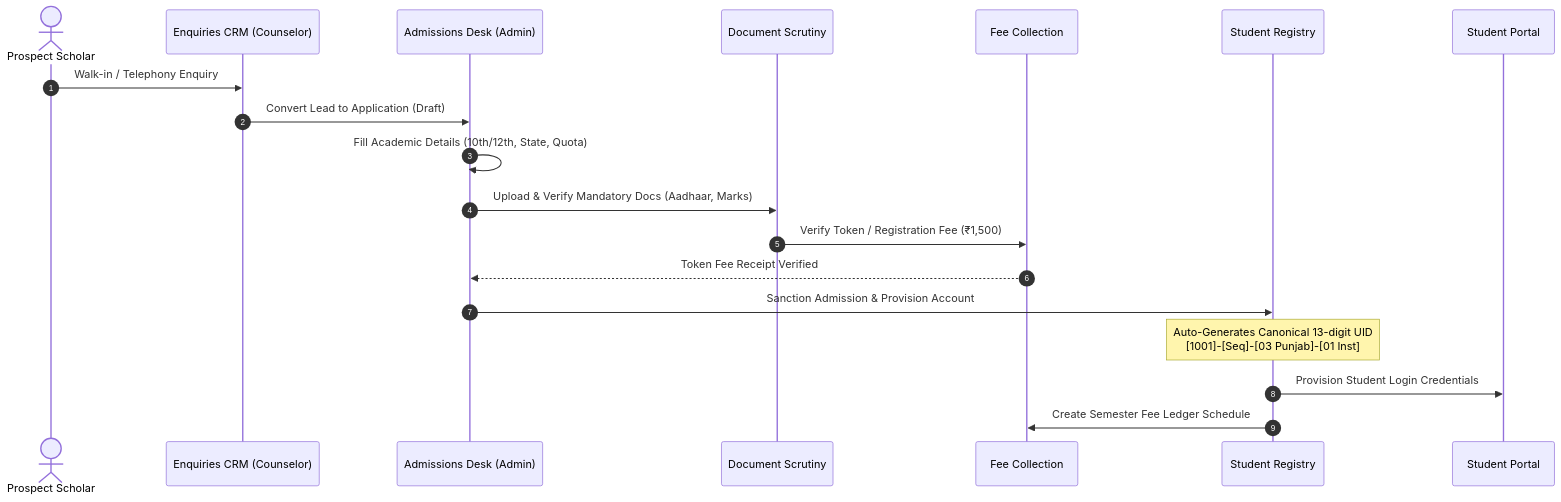
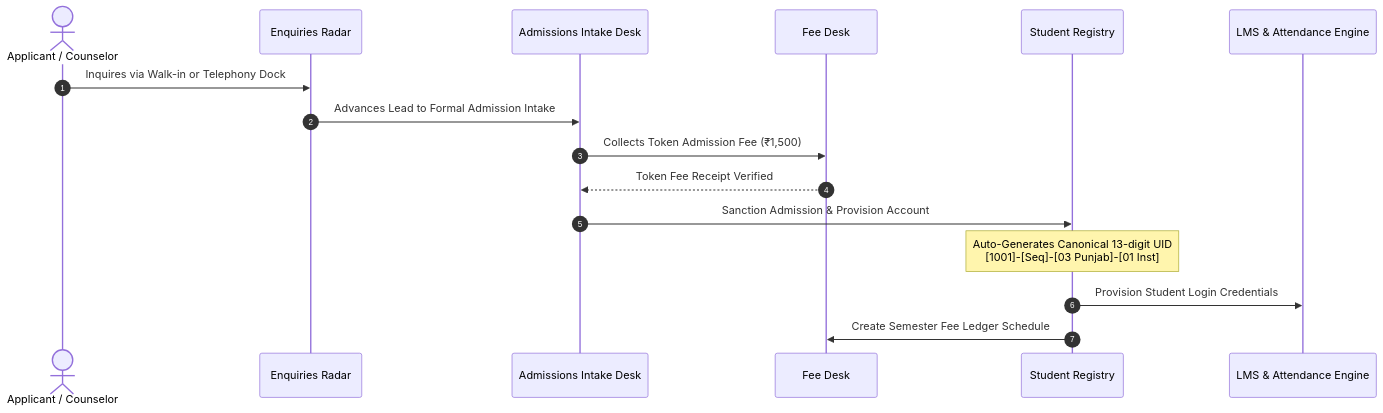
Before and after one commit to gurination1/ERP_educore: the third of 5 diagrams in ARCHITECTURE_CONNECTION_MAP.md, drawn with Mermaid. The commit also changed other lines of this file and 28 other files, not shown here.

````diff
--- a/ARCHITECTURE_CONNECTION_MAP.md
+++ b/ARCHITECTURE_CONNECTION_MAP.md
@@ -121,22 +173,19 @@
 ```mermaid
 sequenceDiagram
     autonumber
-    actor Lead as Prospect Scholar
-    participant CRM as Enquiries CRM (Counselor)
-    participant Intake as Admissions Desk (Admin)
-    participant Scrutiny as Document Scrutiny
-    participant FeeDesk as Fee Collection
+    actor Cand as Applicant / Counselor
+    participant LeadRadar as Enquiries Radar
+    participant Intake as Admissions Intake Desk
+    participant FeeDesk as Fee Desk
     participant Registry as Student Registry
-    participant LMS as Student Portal
+    participant LMS as LMS & Attendance Engine
 
-    Lead->>CRM: Walk-in / Telephony Enquiry
-    CRM->>Intake: Convert Lead to Application (Draft)
-    Intake->>Intake: Fill Academic Details (10th/12th, State, Quota)
-    Intake->>Scrutiny: Upload & Verify Mandatory Docs (Aadhaar, Marks)
-    Scrutiny->>FeeDesk: Verify Token / Registration Fee (₹1,500)
+    Cand->>LeadRadar: Inquires via Walk-in or Telephony Dock
+    LeadRadar->>Intake: Advances Lead to Formal Admission Intake
+    Intake->>FeeDesk: Collects Token Admission Fee (₹1,500)
     FeeDesk-->>Intake: Token Fee Receipt Verified
     Intake->>Registry: Sanction Admission & Provision Account
     Note over Registry: Auto-Generates Canonical 13-digit UID<br/>[1001]-[Seq]-[03 Punjab]-[01 Inst]
     Registry->>LMS: Provision Student Login Credentials
     Registry->>FeeDesk: Create Semester Fee Ledger Schedule
 ```
````
